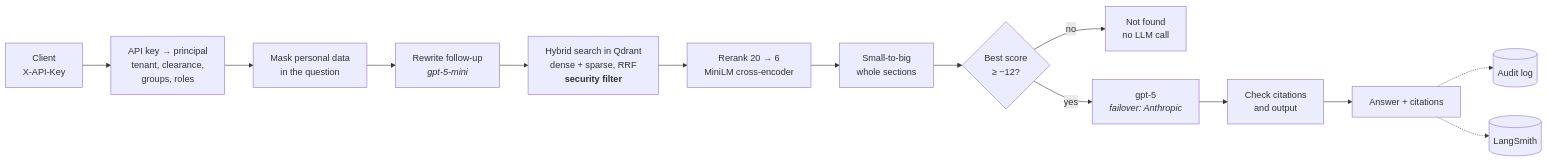
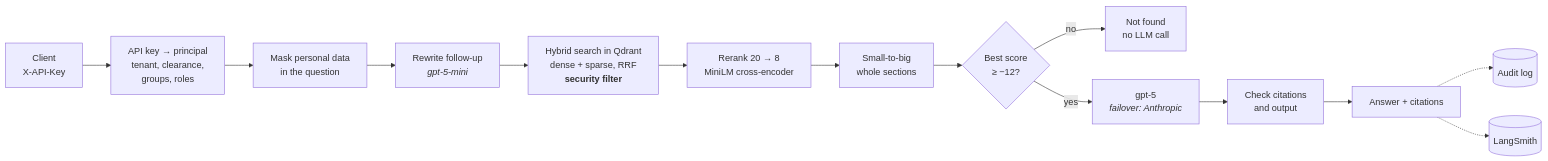
The second of 2 diagrams in README.md (Aarzoo-Agentic-AI/hybrid-rag), drawn with Mermaid before and after one commit. The commit also changed other lines of this file and 37 other files, not shown here.

````diff
--- a/README.md
+++ b/README.md
@@ -54,16 +54,16 @@
 ```mermaid
 flowchart LR
     C[Client<br/>X-API-Key] --> Auth[API key → principal<br/>tenant, clearance,<br/>groups, roles]
     Auth --> Redact[Mask personal data<br/>in the question]
     Redact --> Rewrite[Rewrite follow-up<br/><i>gpt-5-mini</i>]
     Rewrite --> Search[Hybrid search in Qdrant<br/>dense + sparse, RRF<br/><b>security filter</b>]
-    Search --> Rerank[Rerank 20 → 6<br/>MiniLM cross-encoder]
+    Search --> Rerank[Rerank 20 → 8<br/>MiniLM cross-encoder]
     Rerank --> Expand[Small-to-big<br/>whole sections]
     Expand --> Gate{Best score<br/>≥ −12?}
     Gate -- no --> NF[Not found<br/>no LLM call]
     Gate -- yes --> LLM[gpt-5<br/><i>failover: Anthropic</i>]
     LLM --> Check[Check citations<br/>and output]
     Check --> Out[Answer + citations]
     Out -.-> Audit[(Audit log)]
     Out -.-> LS[(LangSmith)]
 ```
````
